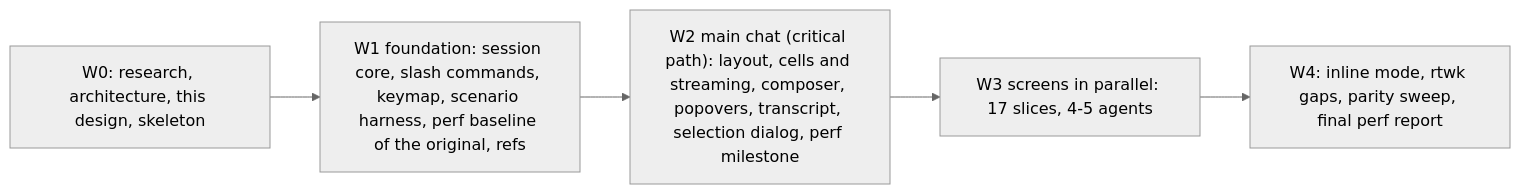
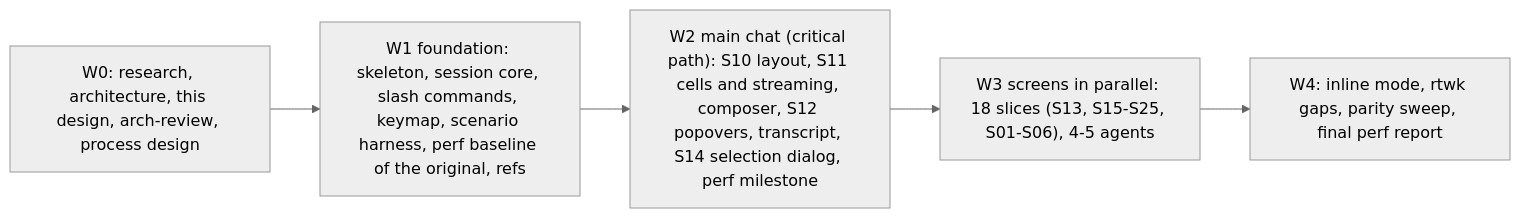
Before and after one commit to Maryarty/CodexCLI: diagram 11 of 11 in docs/rtwk-port/design.md, drawn with Mermaid (neutral theme). The commit also changed other lines of this file and 10 other files, not shown here.

First line of the commit message:
arch-review: independent Opus review of the architecture; findings fixed

````diff
--- a/docs/rtwk-port/design.md
+++ b/docs/rtwk-port/design.md
@@ -345,7 +379,7 @@
 ```mermaid
 flowchart LR
-  w0["W0: research, architecture, this design, skeleton"] --> w1["W1 foundation: session core, slash commands, keymap, scenario harness, perf baseline of the original, refs"]
-  w1 --> w2["W2 main chat (critical path): layout, cells and streaming, composer, popovers, transcript, selection dialog, perf milestone"]
-  w2 --> w3["W3 screens in parallel: 17 slices, 4-5 agents"]
+  w0["W0: research, architecture, this design, arch-review, process design"] --> w1["W1 foundation: skeleton, session core, slash commands, keymap, scenario harness, perf baseline of the original, refs"]
+  w1 --> w2["W2 main chat (critical path): S10 layout, S11 cells and streaming, composer, S12 popovers, transcript, S14 selection dialog, perf milestone"]
+  w2 --> w3["W3 screens in parallel: 18 slices (S13, S15-S25, S01-S06), 4-5 agents"]
   w3 --> w4["W4: inline mode, rtwk gaps, parity sweep, final perf report"]
 ```
````
